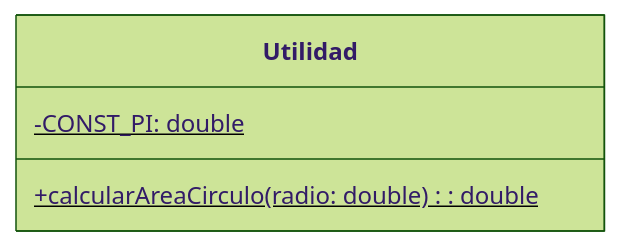
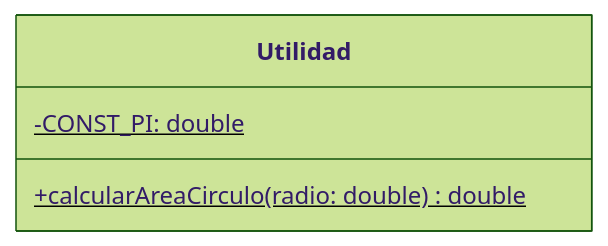
One commit to danielmartinan/entornos_desarrollo_2024-25 changed diagram 22 of 28 in UD4 - Introducción a POO, diagramas UML y diagramas de clases/ud04_2_notacion_uml_diagramas_clases.md. Above: the diagram before and after it, drawn with Mermaid (forest theme). The commit also changed other lines of this file and 2 other files, not shown here.

Commit message:
Movido pasos para crear un diagrama de clases a partir de la definición del problema de ud04_3 a ud04_2

````diff
--- a/UD4 - Introducción a POO, diagramas UML y diagramas de clases/ud04_2_notacion_uml_diagramas_clases.md
+++ b/UD4 - Introducción a POO, diagramas UML y diagramas de clases/ud04_2_notacion_uml_diagramas_clases.md
@@ -631,7 +645,7 @@
 ```mermaid
 classDiagram
     class Utilidad {
         -CONST_PI: double $
-        +calcularAreaCirculo(radio: double): double $
+        +calcularAreaCirculo(radio: double) double $
     }
 ```
````
